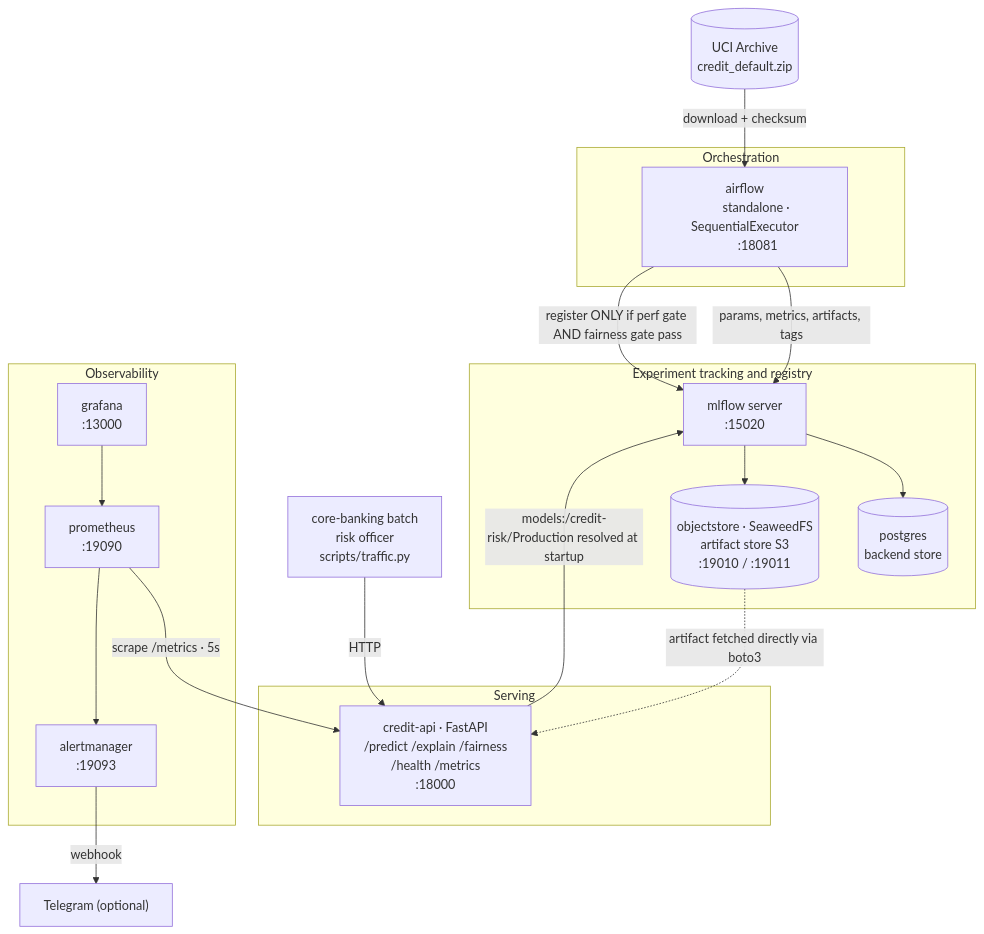
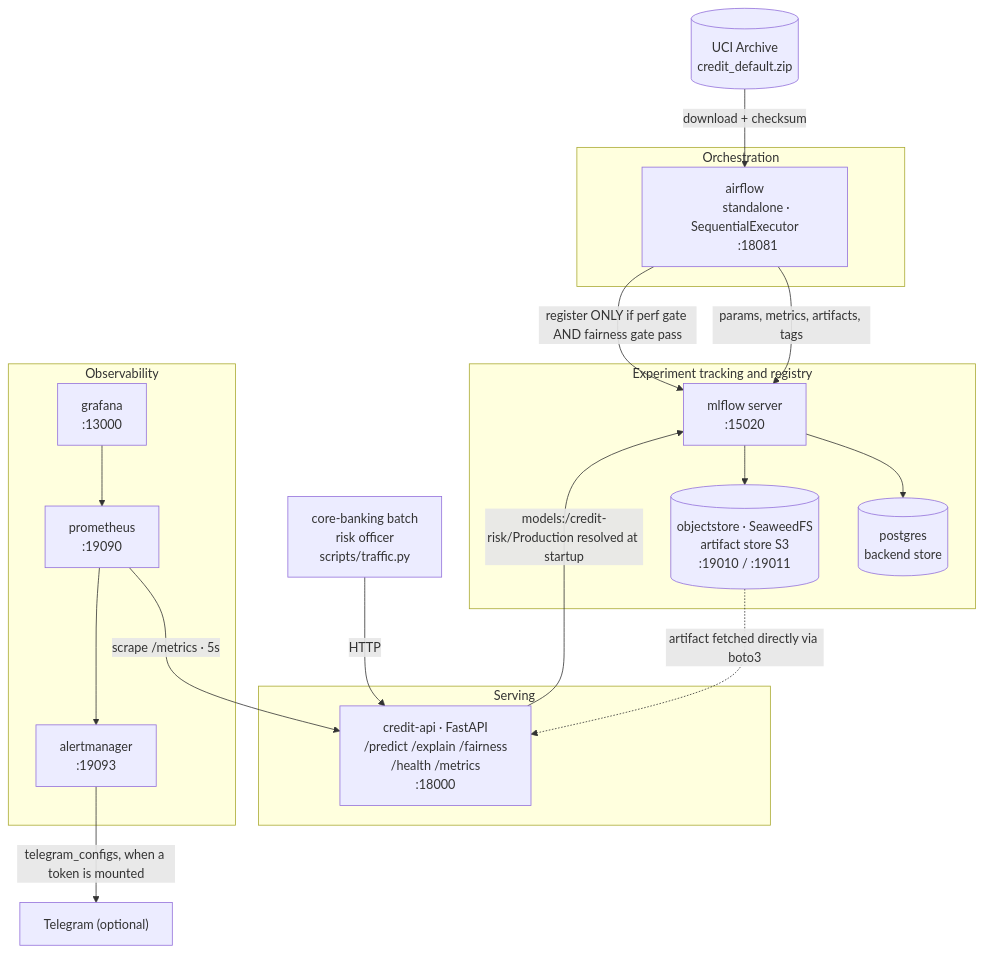
One commit to maxnguyen83/credit-risk-mlops changed the first of 3 diagrams in ARCHITECTURE.md. Above: the diagram before and after it, drawn with Mermaid.

Commit message:
docs(architecture): the Telegram edge is Alertmanager's own integration, not a webhook

````diff
--- a/ARCHITECTURE.md
+++ b/ARCHITECTURE.md
@@ -44,54 +44,54 @@
 ```mermaid
 flowchart TB
     UCI[("UCI Archive
     credit_default.zip")]
 
     subgraph ORCH["Orchestration"]
         AF["airflow
         standalone · SequentialExecutor
         :18081"]
     end
 
     subgraph TRACK["Experiment tracking and registry"]
         MLF["mlflow server
         :15020"]
         PG[("postgres
         backend store")]
         MIO[("objectstore · SeaweedFS
         artifact store S3
         :19010 / :19011")]
     end
 
     subgraph SERVE["Serving"]
         API["credit-api · FastAPI
         /predict /explain /fairness
         /health /metrics
         :18000"]
     end
 
     subgraph OBS["Observability"]
         PROM["prometheus
         :19090"]
         AM["alertmanager
         :19093"]
         GRAF["grafana
         :13000"]
     end
 
     CLIENT["core-banking batch
     risk officer
     scripts/traffic.py"]
 
     UCI -->|"download + checksum"| AF
     AF -->|"params, metrics, artifacts, tags"| MLF
     MLF --> PG
     MLF --> MIO
     AF -->|"register ONLY if perf gate AND fairness gate pass"| MLF
     API -->|"models:/credit-risk/Production resolved at startup"| MLF
     MIO -.->|"artifact fetched directly via boto3"| API
     CLIENT -->|HTTP| API
     PROM -->|"scrape /metrics · 5s"| API
     PROM --> AM
-    AM -->|webhook| TG["Telegram (optional)"]
+    AM -->|"telegram_configs, when a token is mounted"| TG["Telegram (optional)"]
     GRAF --> PROM
 ```
````
